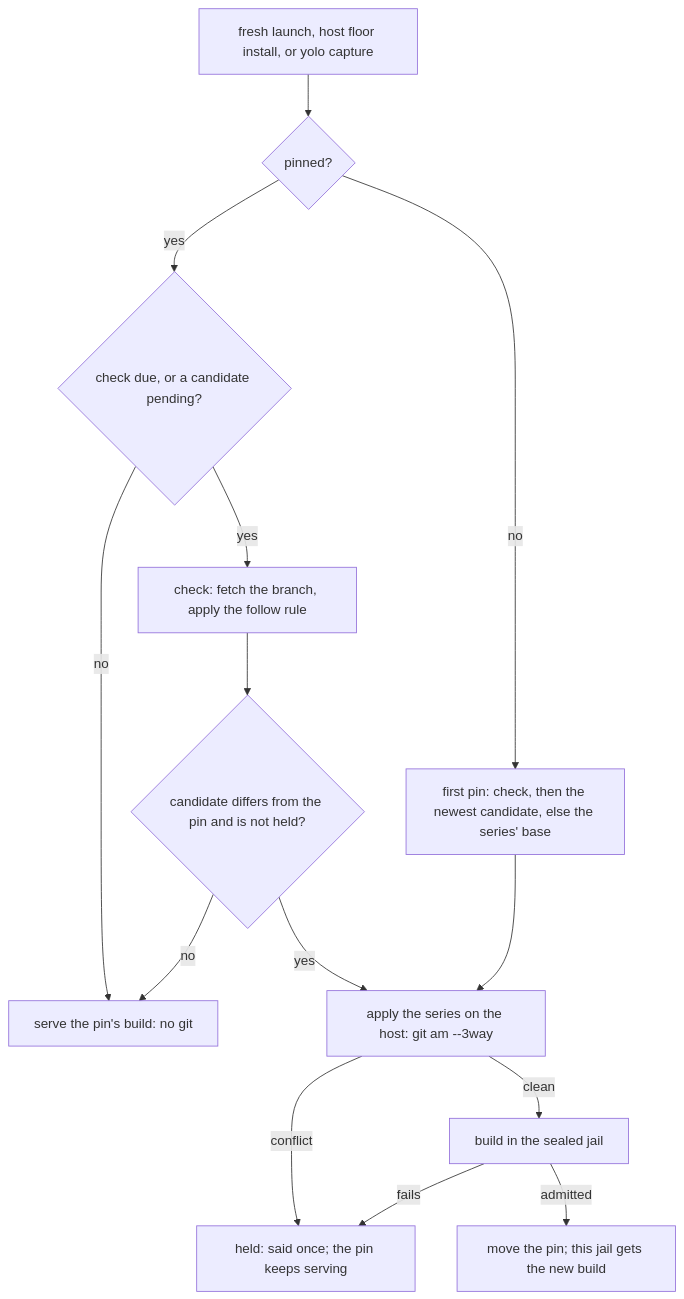
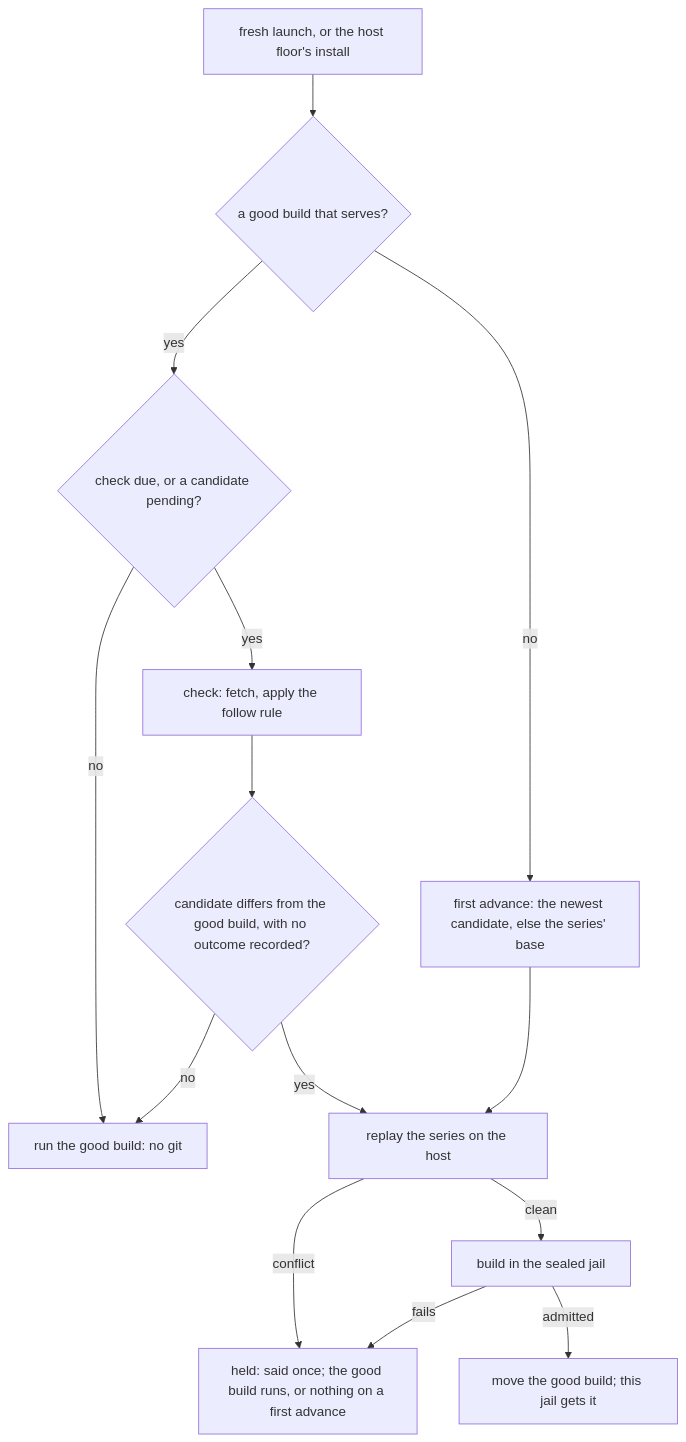
Before and after one commit to mschulkind-oss/yolo-jail: the diagram in docs/design/patched-forks.md, drawn with Mermaid. The commit also changed other lines of this file and 2 other files, not shown here.

````diff
--- a/docs/design/patched-forks.md
+++ b/docs/design/patched-forks.md
@@ -504,16 +682,16 @@
 ```mermaid
 flowchart TD
-  act["fresh launch, host floor install, or yolo capture"] --> pin{"pinned?"}
-  pin -- "no" --> first["first pin: check, then the newest candidate, else the series' base"]
-  pin -- "yes" --> due{"check due, or a candidate pending?"}
-  due -- "no" --> serve["serve the pin's build: no git"]
-  due -- "yes" --> check["check: fetch the branch, apply the follow rule"]
-  check --> diff{"candidate differs from the pin and is not held?"}
+  act["fresh launch, or the host floor's install"] --> good{"a good build that serves?"}
+  good -- "no" --> first["first advance: the newest candidate, else the series' base"]
+  good -- "yes" --> due{"check due, or a candidate pending?"}
+  due -- "no" --> serve["run the good build: no git"]
+  due -- "yes" --> check["check: fetch, apply the follow rule"]
+  check --> diff{"candidate differs from the good build, with no outcome recorded?"}
   diff -- "no" --> serve
-  diff -- "yes" --> apply["apply the series on the host: git am --3way"]
-  first --> apply
-  apply -- "conflict" --> held["held: said once; the pin keeps serving"]
-  apply -- "clean" --> build["build in the sealed jail"]
+  diff -- "yes" --> replay["replay the series on the host"]
+  first --> replay
+  replay -- "conflict" --> held["held: said once; the good build runs, or nothing on a first advance"]
+  replay -- "clean" --> build["build in the sealed jail"]
   build -- "fails" --> held
-  build -- "admitted" --> move["move the pin; this jail gets the new build"]
+  build -- "admitted" --> move["move the good build; this jail gets it"]
 ```
````
